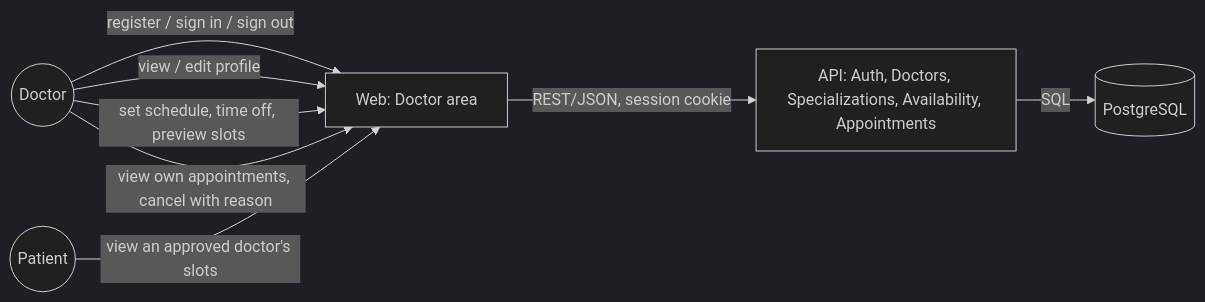
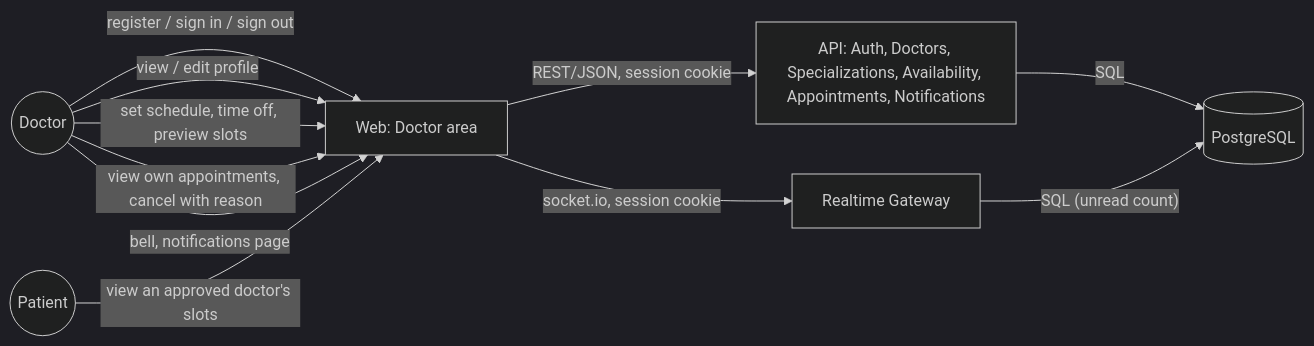
The first of 2 diagrams in docs/modules/doctor.md (alhexjustine/telehealth), drawn with Mermaid (dark theme) before and after one commit. The commit also changed other lines of this file and 72 other files, not shown here.

````diff
--- a/docs/modules/doctor.md
+++ b/docs/modules/doctor.md
@@ -64,10 +72,13 @@
 ```mermaid
 flowchart LR
   D((Doctor)) -->|"register / sign in / sign out"| W[Web: Doctor area]
   D -->|"view / edit profile"| W
   D -->|"set schedule, time off, preview slots"| W
   D -->|"view own appointments, cancel with reason"| W
+  D -->|"bell, notifications page"| W
   P((Patient)) -->|"view an approved doctor's slots"| W
-  W -->|"REST/JSON, session cookie"| A["API: Auth, Doctors, Specializations, Availability, Appointments"]
+  W -->|"REST/JSON, session cookie"| A["API: Auth, Doctors, Specializations, Availability, Appointments, Notifications"]
+  W -->|"socket.io, session cookie"| RT[Realtime Gateway]
   A -->|"SQL"| DB[(PostgreSQL)]
+  RT -->|"SQL (unread count)"| DB
 ```
````
